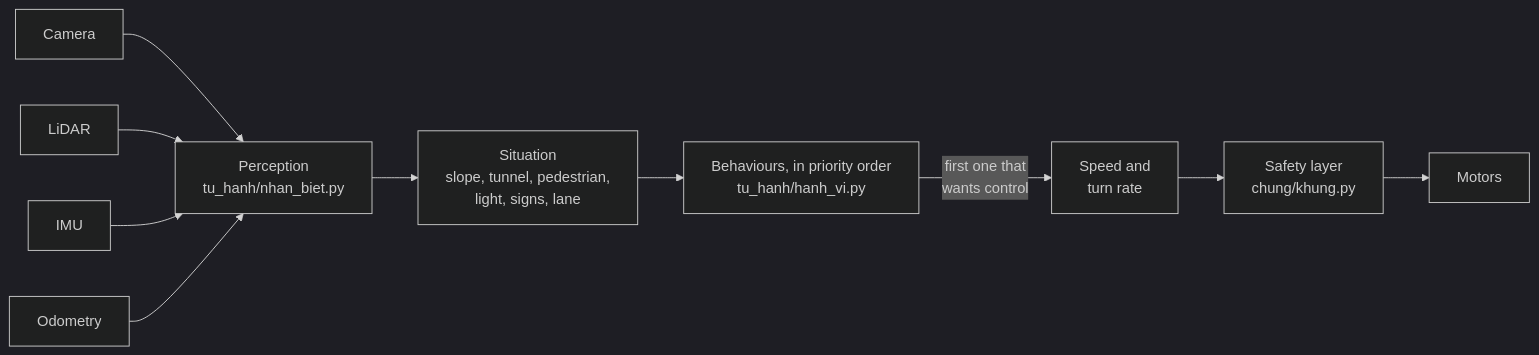
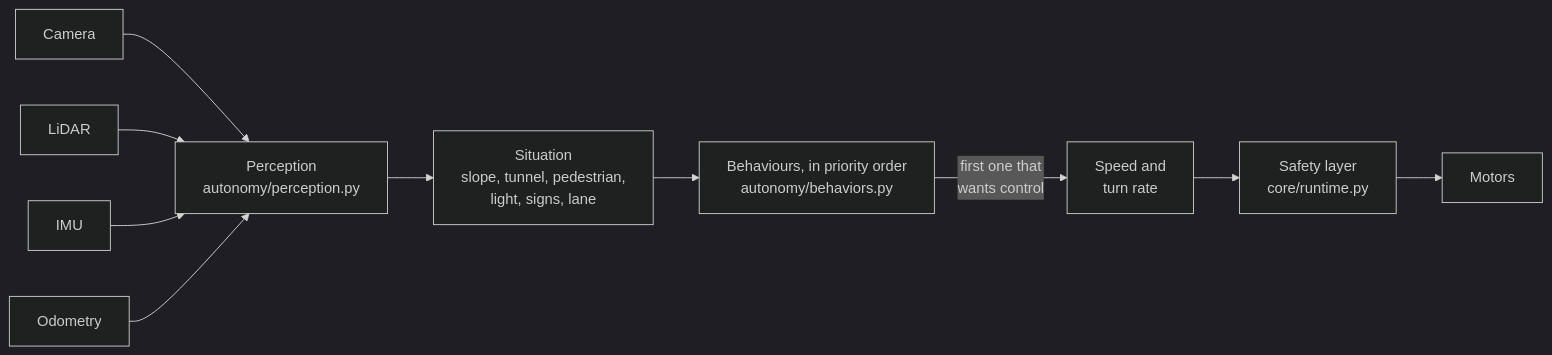
One commit to mhieuz-dev/autonomous-car-jetson-ros2 changed the diagram in README.md. Above: the diagram before and after it, drawn with Mermaid (dark theme). The commit also changed other lines of this file and 104 other files, not shown here.

````diff
--- a/README.md
+++ b/README.md
@@ -23,11 +23,11 @@
 ```mermaid
 flowchart LR
     CAM[Camera] --> NB
     LIDAR[LiDAR] --> NB
     IMU[IMU] --> NB
     ODOM[Odometry] --> NB
-    NB["Perception<br>tu_hanh/nhan_biet.py"] --> TH["Situation<br>slope, tunnel, pedestrian,<br>light, signs, lane"]
-    TH --> HV["Behaviours, in priority order<br>tu_hanh/hanh_vi.py"]
+    NB["Perception<br>autonomy/perception.py"] --> TH["Situation<br>slope, tunnel, pedestrian,<br>light, signs, lane"]
+    TH --> HV["Behaviours, in priority order<br>autonomy/behaviors.py"]
     HV -->|"first one that<br>wants control"| CMD["Speed and<br>turn rate"]
-    CMD --> SAFE["Safety layer<br>chung/khung.py"] --> CAR[Motors]
+    CMD --> SAFE["Safety layer<br>core/runtime.py"] --> CAR[Motors]
 ```
````
